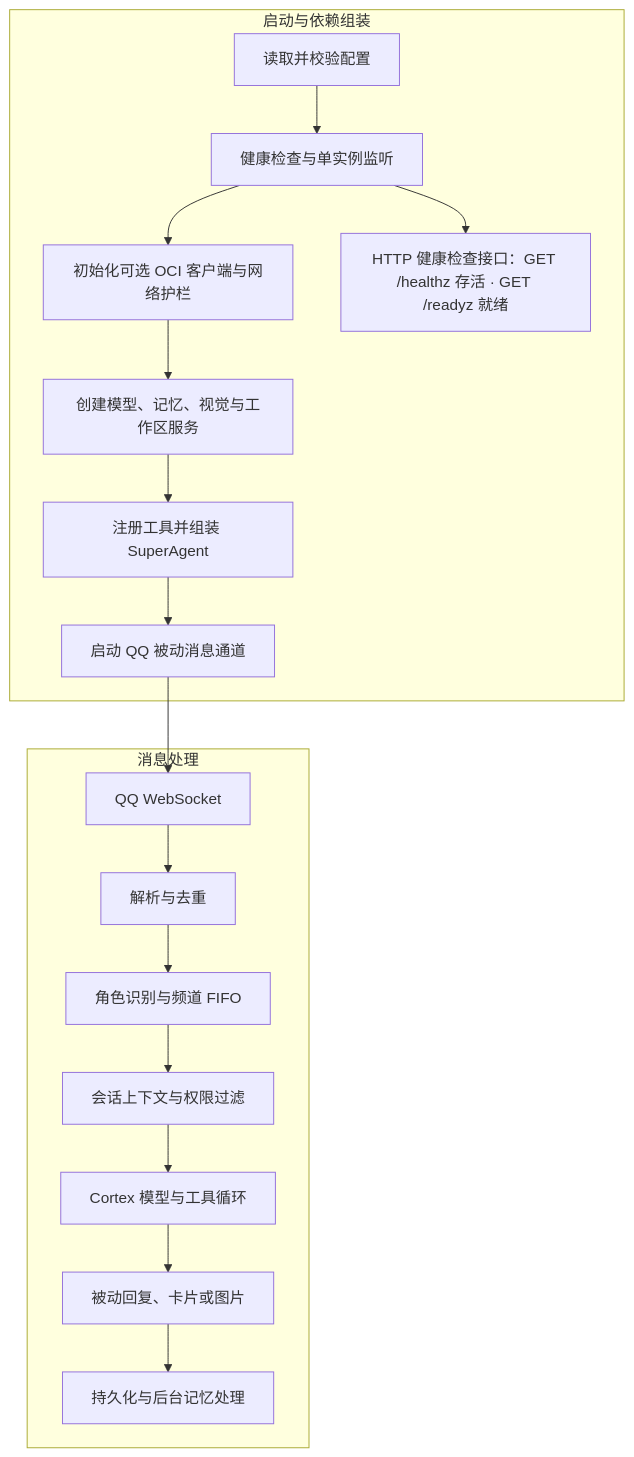
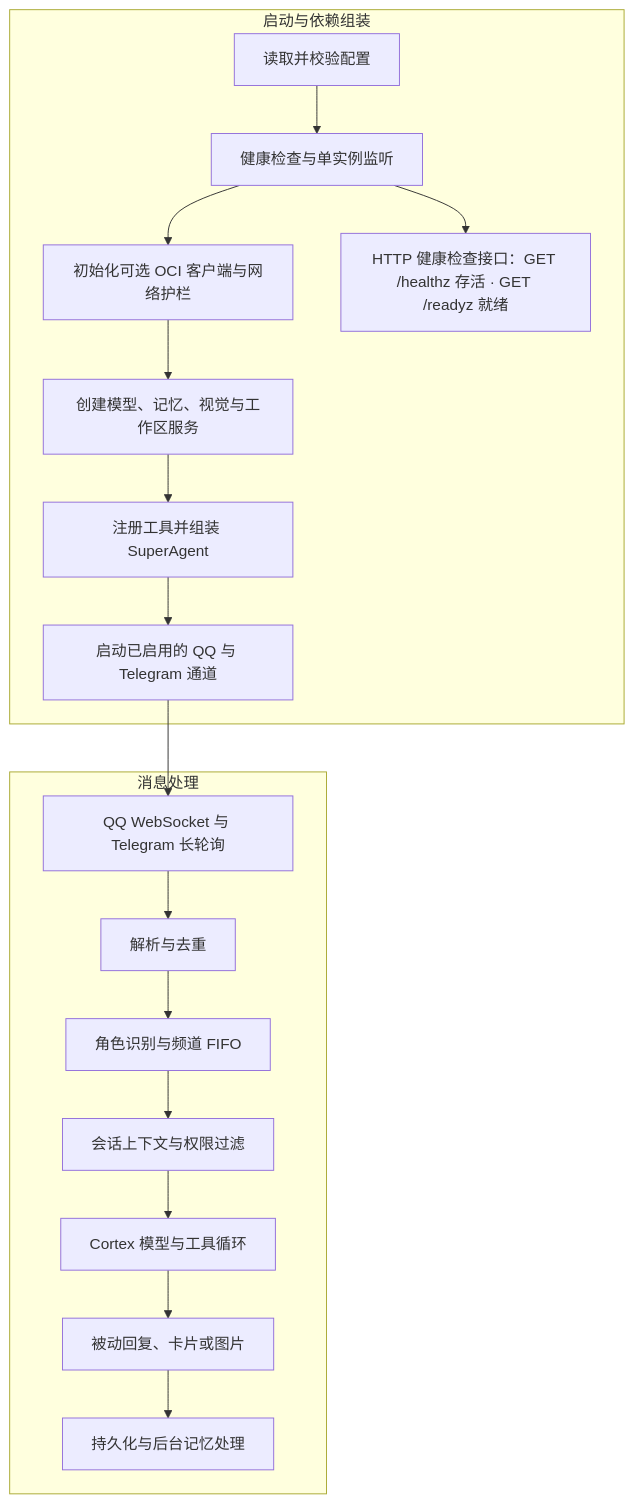
The diagram in docs/workflow.md (Ruixi-rebirth/daidai), drawn with Mermaid before and after one commit. The commit also changed other lines of this file and 26 other files, not shown here.

````diff
--- a/docs/workflow.md
+++ b/docs/workflow.md
@@ -7,22 +7,22 @@
 ```mermaid
 graph TD
     subgraph Boot [启动与依赖组装]
         A["读取并校验配置"] --> B["健康检查与单实例监听"]
         B --> C["初始化可选 OCI 客户端与网络护栏"]
         C --> D["创建模型、记忆、视觉与工作区服务"]
         D --> E["注册工具并组装 SuperAgent"]
-        E --> F["启动 QQ 被动消息通道"]
+        E --> F["启动已启用的 QQ 与 Telegram 通道"]
         B --> G["HTTP 健康检查接口：GET /healthz 存活 · GET /readyz 就绪"]
     end
 
     subgraph Message [消息处理]
-        H["QQ WebSocket"] --> I["解析与去重"]
+        H["QQ WebSocket 与 Telegram 长轮询"] --> I["解析与去重"]
         I --> J["角色识别与频道 FIFO"]
         J --> K["会话上下文与权限过滤"]
         K --> L["Cortex 模型与工具循环"]
         L --> M["被动回复、卡片或图片"]
         M --> N["持久化与后台记忆处理"]
     end
 
     F --> H
 ```
````
